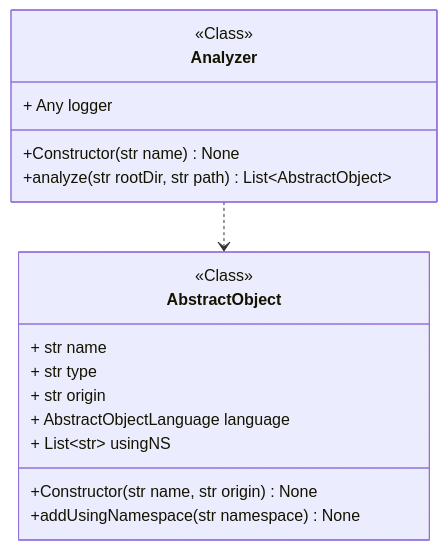
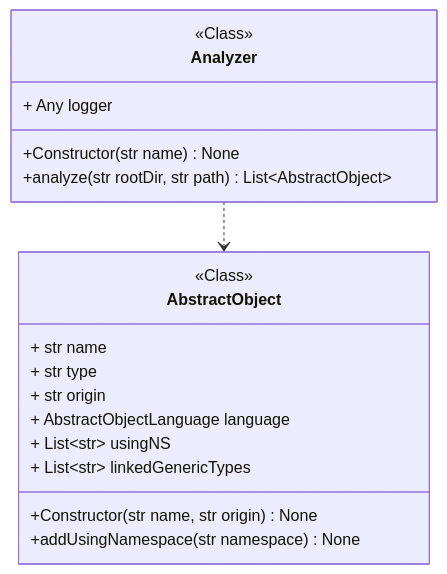
The diagram in docs/source/code/diagrams/pycodeanalyzer_core_languages_analyzer_Analyzer.mmd (miong/pycodeanalyzer), drawn with Mermaid before and after one commit. The commit also changed 24 other files, not shown here.

```diff
--- a/docs/source/code/diagrams/pycodeanalyzer_core_languages_analyzer_Analyzer.mmd
+++ b/docs/source/code/diagrams/pycodeanalyzer_core_languages_analyzer_Analyzer.mmd
@@ -1,19 +1,20 @@
 classDiagram
 class Analyzer {
 <<Class>>
 + Any logger
 +Constructor(str name) None
 +analyze(str rootDir, str path) List~AbstractObject~
 }
 class AbstractObject {
 <<Class>>
 + str name
 + str type
 + str origin
 + AbstractObjectLanguage language
 + List~str~ usingNS
++ List~str~ linkedGenericTypes
 +Constructor(str name, str origin) None
 +addUsingNamespace(str namespace) None
 }
 link AbstractObject "class££pycodeanalyzer::core::abstraction::objects::AbstractObject"
 Analyzer ..> AbstractObject
```
